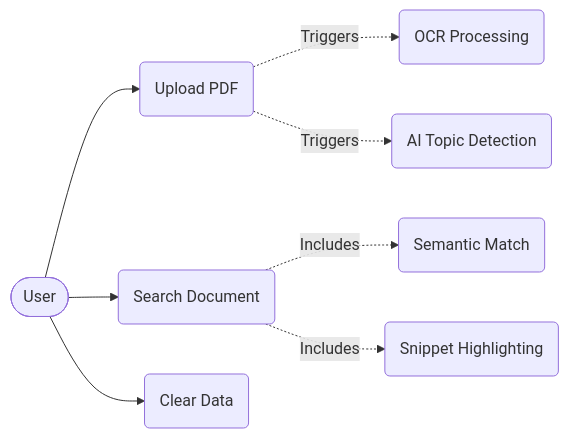
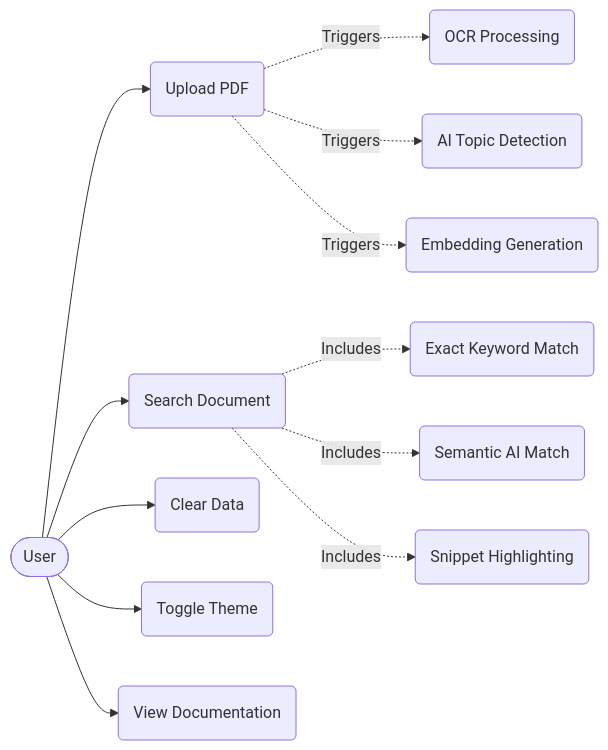
One commit to venkatesh-0910/fileSearchEngine changed the fourth of 10 diagrams in README.md. Above: the diagram before and after it, drawn with Mermaid. The commit also changed other lines of this file, not shown here.

````diff
--- a/README.md
+++ b/README.md
@@ -222,10 +637,14 @@
 ```mermaid
 flowchart LR
     User([User]) --> U1(Upload PDF)
     User --> U2(Search Document)
     User --> U3(Clear Data)
-    U1 -.->|Triggers| U4(OCR Processing)
-    U1 -.->|Triggers| U5(AI Topic Detection)
-    U2 -.->|Includes| U6(Semantic Match)
-    U2 -.->|Includes| U7(Snippet Highlighting)
+    User --> U4(Toggle Theme)
+    User --> U5(View Documentation)
+    U1 -.->|Triggers| U6(OCR Processing)
+    U1 -.->|Triggers| U7(AI Topic Detection)
+    U1 -.->|Triggers| U8(Embedding Generation)
+    U2 -.->|Includes| U9(Exact Keyword Match)
+    U2 -.->|Includes| U10(Semantic AI Match)
+    U2 -.->|Includes| U11(Snippet Highlighting)
 ```
````
